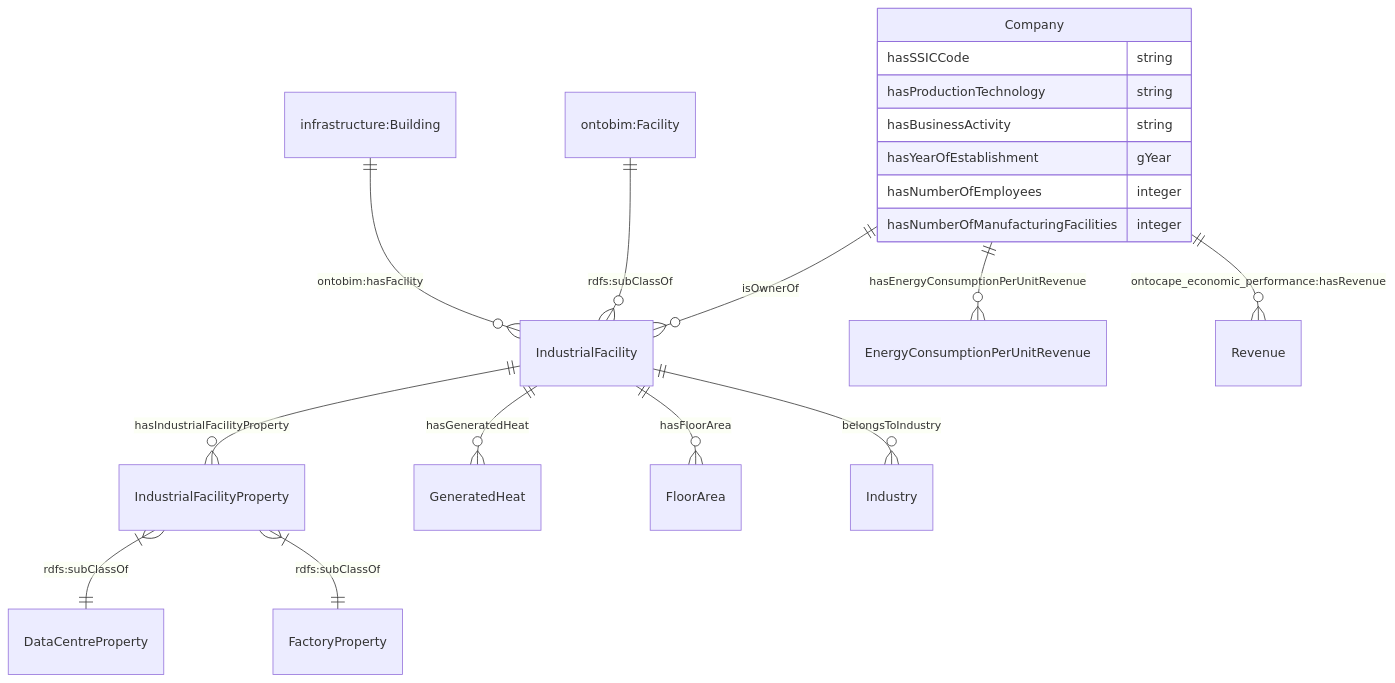
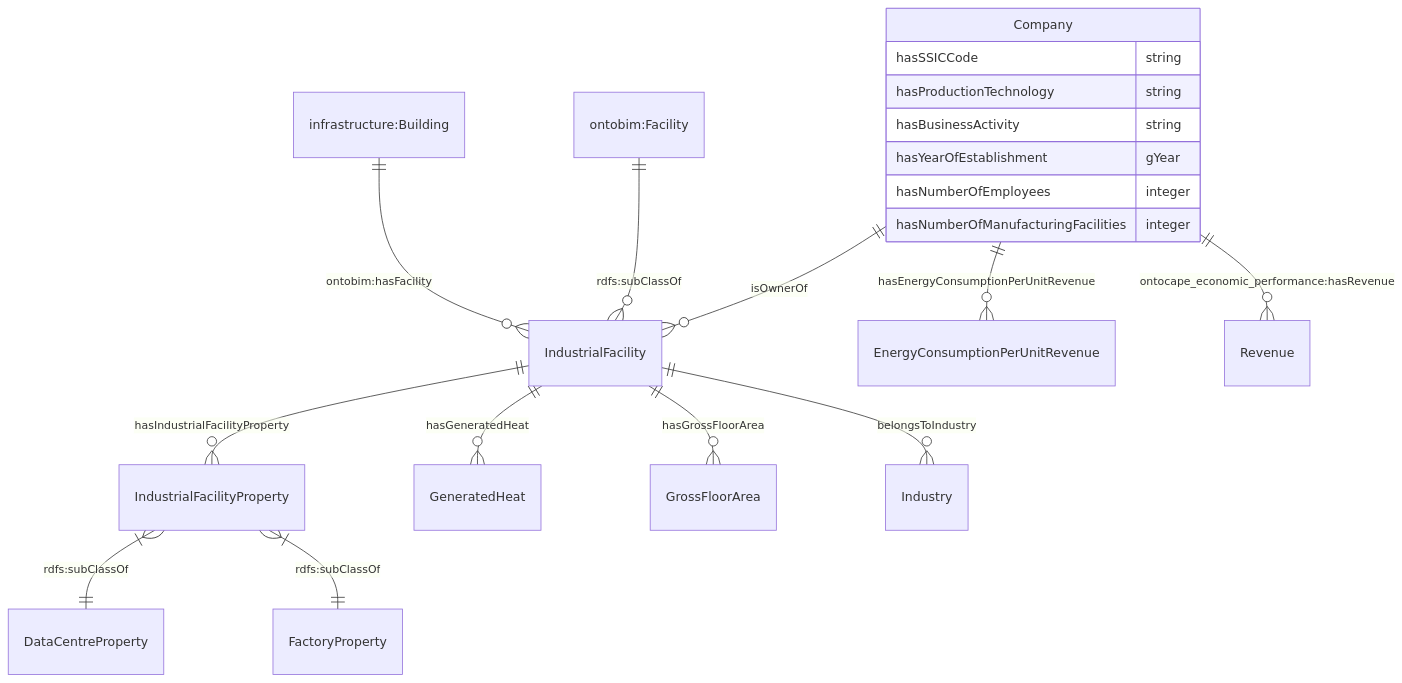
One commit to cambridge-cares/TheWorldAvatar changed the first of 5 diagrams in JPS_Ontology/ontology/ontocompany/README.md. Above: the diagram before and after it, drawn with Mermaid. The commit also changed 2 other files, not shown here.

Commit message:
1775-update-ontocompany-ontology: Updated explanations for some classes.

````diff
--- a/JPS_Ontology/ontology/ontocompany/README.md
+++ b/JPS_Ontology/ontology/ontocompany/README.md
@@ -24,22 +24,22 @@
 ```mermaid
     erDiagram
     "Company" ||--o{ "IndustrialFacility" : isOwnerOf
     "Company" ||--o{ "EnergyConsumptionPerUnitRevenue" : hasEnergyConsumptionPerUnitRevenue
     "Company" ||--o{ "Revenue" : "ontocape_economic_performance:hasRevenue"
     "Company" {
         hasSSICCode string
         hasProductionTechnology string
         hasBusinessActivity string
         hasYearOfEstablishment gYear
         hasNumberOfEmployees integer
         hasNumberOfManufacturingFacilities integer
     }
     "infrastructure:Building" ||--o{ "IndustrialFacility" : "ontobim:hasFacility"
     "ontobim:Facility" ||--o{ "IndustrialFacility" : "rdfs:subClassOf"
     "IndustrialFacility" ||--o{ "IndustrialFacilityProperty" : hasIndustrialFacilityProperty
     "IndustrialFacilityProperty" }|--|| "DataCentreProperty" : "rdfs:subClassOf"
     "IndustrialFacilityProperty" }|--|| "FactoryProperty" : "rdfs:subClassOf"
     "IndustrialFacility" ||--o{ "GeneratedHeat" : hasGeneratedHeat
-    "IndustrialFacility" ||--o{ "FloorArea" : hasFloorArea
+    "IndustrialFacility" ||--o{ "GrossFloorArea" : hasGrossFloorArea
     "IndustrialFacility" ||--o{ "Industry" : belongsToIndustry
 ```
````
